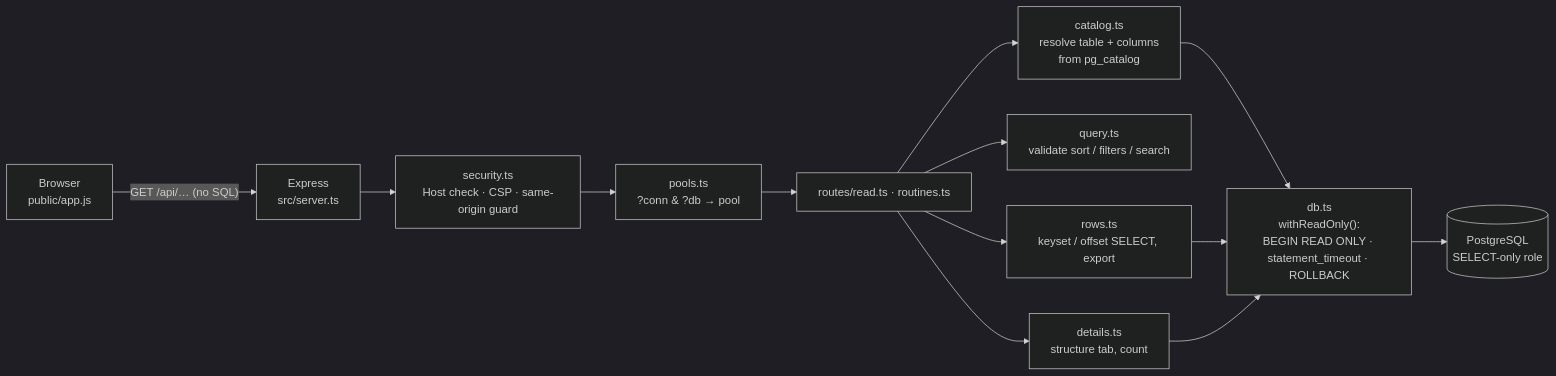
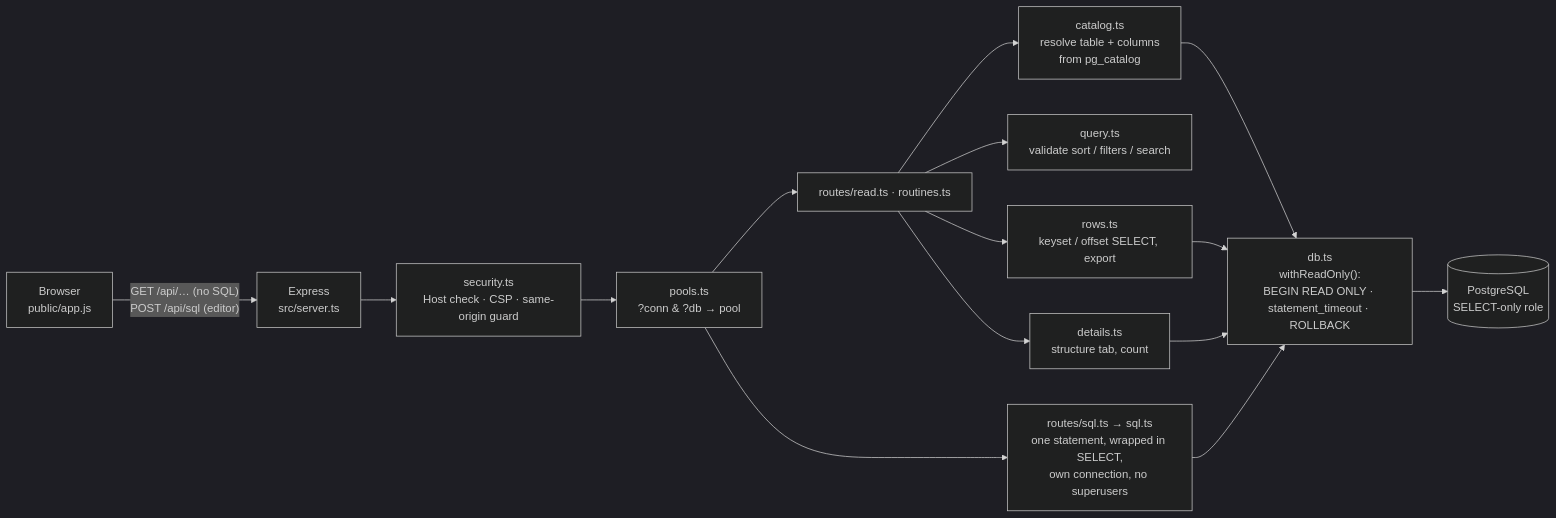
Before and after one commit to sagaryeole/PG-Studio: the diagram in docs/ARCHITECTURE.md, drawn with Mermaid (dark theme). The commit also changed other lines of this file and 27 other files, not shown here.

First line of the commit message:
Read-only SQL editor (#14)

````diff
--- a/docs/ARCHITECTURE.md
+++ b/docs/ARCHITECTURE.md
@@ -5,13 +5,14 @@
 ```mermaid
 flowchart LR
-  B["Browser<br/>public/app.js"] -- "GET /api/… (no SQL)" --> S["Express<br/>src/server.ts"]
+  B["Browser<br/>public/app.js"] -- "GET /api/… (no SQL)<br/>POST /api/sql (editor)" --> S["Express<br/>src/server.ts"]
   S --> SEC["security.ts<br/>Host check · CSP · same-origin guard"]
   SEC --> PL["pools.ts<br/>?conn &amp; ?db → pool"]
   PL --> R["routes/read.ts · routines.ts"]
   R --> C["catalog.ts<br/>resolve table + columns<br/>from pg_catalog"]
   R --> Q["query.ts<br/>validate sort / filters / search"]
   R --> RW["rows.ts<br/>keyset / offset SELECT, export"]
   R --> D["details.ts<br/>structure tab, count"]
-  C & RW & D --> DB["db.ts<br/>withReadOnly():<br/>BEGIN READ ONLY · statement_timeout · ROLLBACK"]
+  PL --> SQ["routes/sql.ts → sql.ts<br/>one statement, wrapped in SELECT,<br/>own connection, no superusers"]
+  C & RW & D & SQ --> DB["db.ts<br/>withReadOnly():<br/>BEGIN READ ONLY · statement_timeout · ROLLBACK"]
   DB --> PG[("PostgreSQL<br/>SELECT-only role")]
 ```
````
